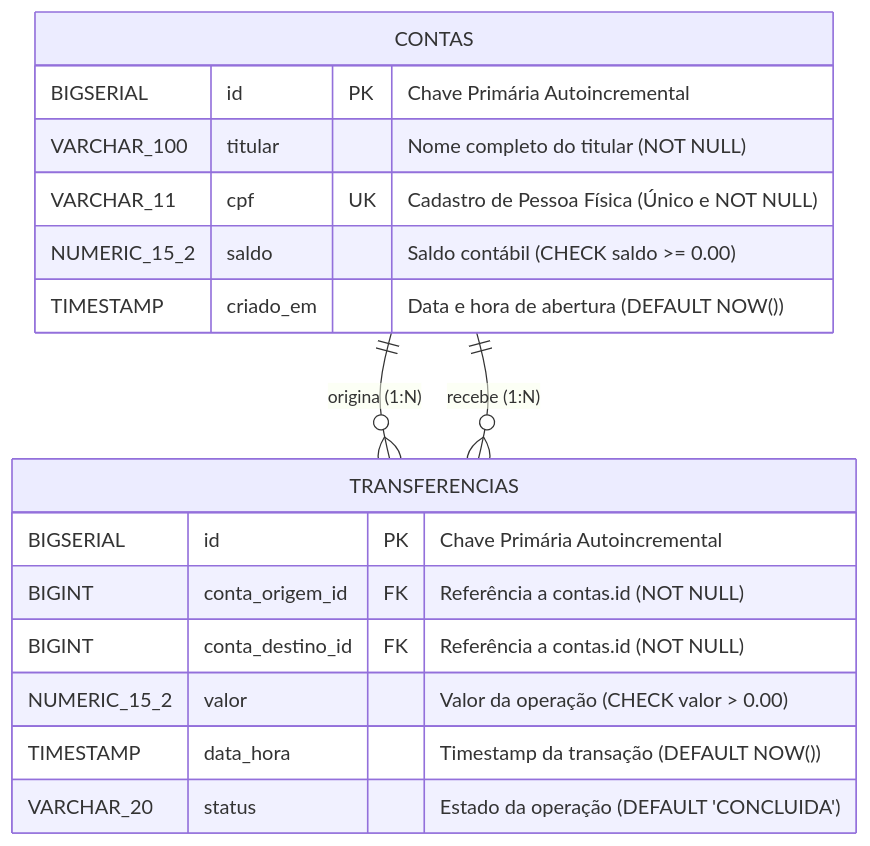
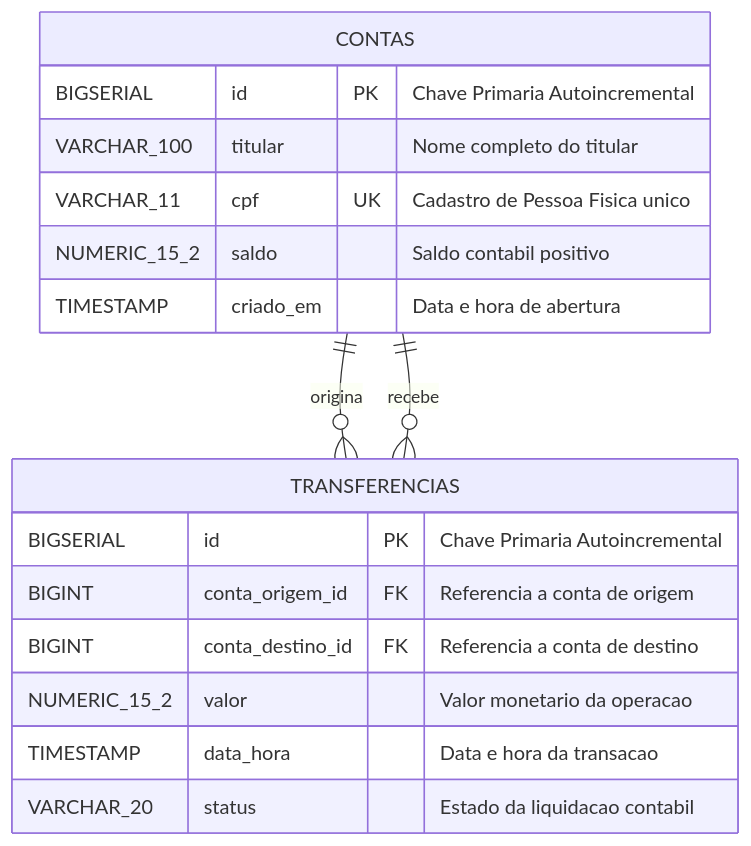
The diagram in docs/database/README.md (applephoria/TransactCore-Java), drawn with Mermaid before and after one commit. The commit also changed 3 other files, not shown here.

Commit message:
fix(docs): corrigir sintaxe do mermaid nos diagramas arquiteturais e de sequencia

````diff
--- a/docs/database/README.md
+++ b/docs/database/README.md
@@ -13,22 +13,22 @@
 ```mermaid
 erDiagram
-    CONTAS ||--o{ TRANSFERENCIAS : "origina (1:N)"
-    CONTAS ||--o{ TRANSFERENCIAS : "recebe (1:N)"
+    CONTAS ||--o{ TRANSFERENCIAS : "origina"
+    CONTAS ||--o{ TRANSFERENCIAS : "recebe"
 
     CONTAS {
-        BIGSERIAL id PK "Chave Primária Autoincremental"
-        VARCHAR_100 titular "Nome completo do titular (NOT NULL)"
-        VARCHAR_11 cpf UK "Cadastro de Pessoa Física (Único e NOT NULL)"
-        NUMERIC_15_2 saldo "Saldo contábil (CHECK saldo >= 0.00)"
-        TIMESTAMP criado_em "Data e hora de abertura (DEFAULT NOW())"
+        BIGSERIAL id PK "Chave Primaria Autoincremental"
+        VARCHAR_100 titular "Nome completo do titular"
+        VARCHAR_11 cpf UK "Cadastro de Pessoa Fisica unico"
+        NUMERIC_15_2 saldo "Saldo contabil positivo"
+        TIMESTAMP criado_em "Data e hora de abertura"
     }
 
     TRANSFERENCIAS {
-        BIGSERIAL id PK "Chave Primária Autoincremental"
-        BIGINT conta_origem_id FK "Referência a contas.id (NOT NULL)"
-        BIGINT conta_destino_id FK "Referência a contas.id (NOT NULL)"
-        NUMERIC_15_2 valor "Valor da operação (CHECK valor > 0.00)"
-        TIMESTAMP data_hora "Timestamp da transação (DEFAULT NOW())"
-        VARCHAR_20 status "Estado da operação (DEFAULT 'CONCLUIDA')"
+        BIGSERIAL id PK "Chave Primaria Autoincremental"
+        BIGINT conta_origem_id FK "Referencia a conta de origem"
+        BIGINT conta_destino_id FK "Referencia a conta de destino"
+        NUMERIC_15_2 valor "Valor monetario da operacao"
+        TIMESTAMP data_hora "Data e hora da transacao"
+        VARCHAR_20 status "Estado da liquidacao contabil"
     }
 ```
````
